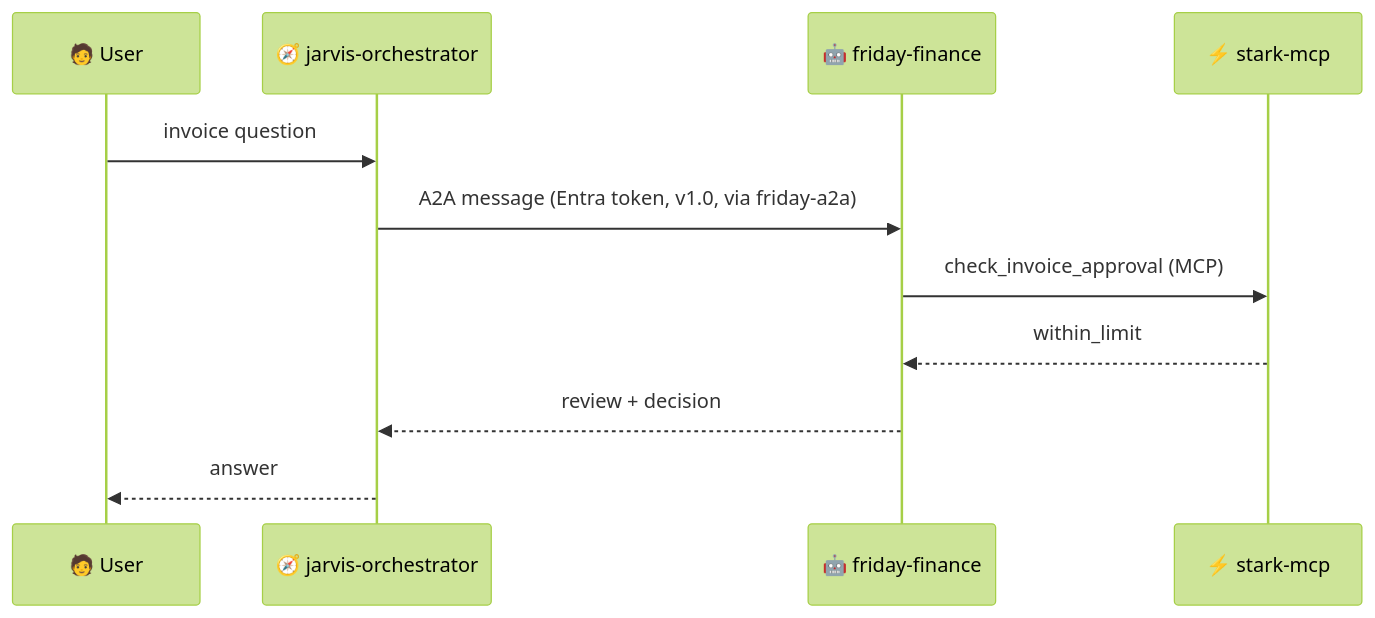
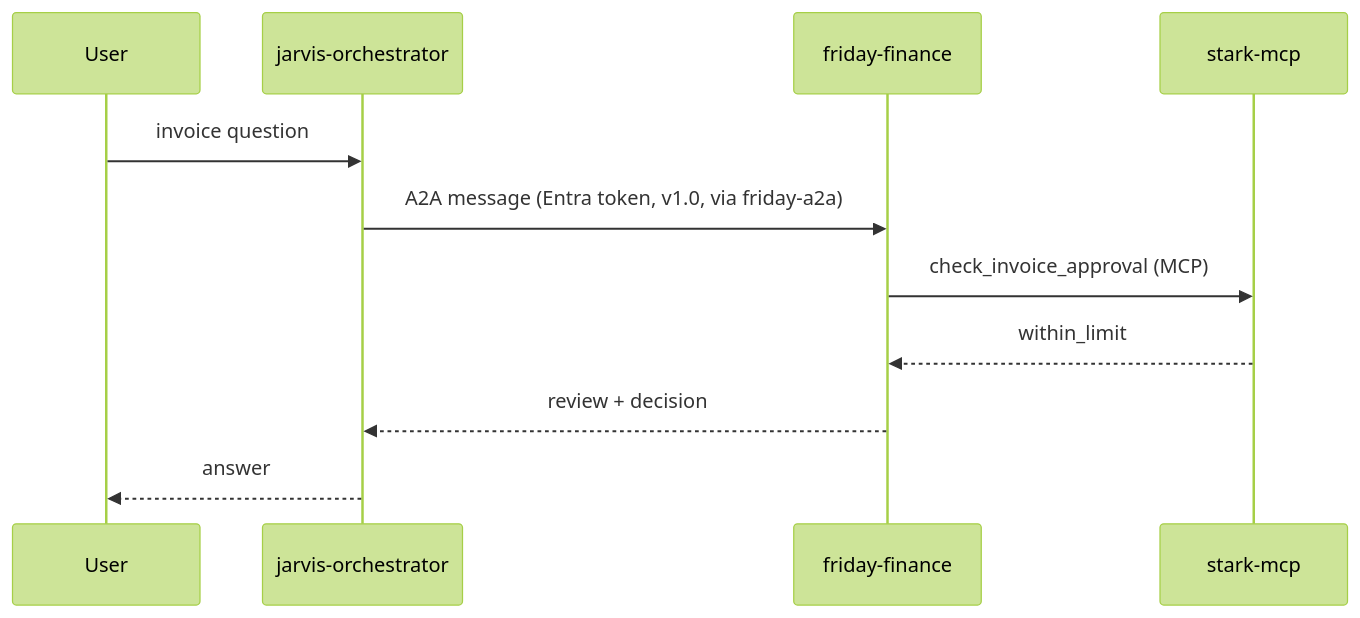
The first of 2 diagrams in docs/capstone.md (nampacx/MS-Foundry-from-0-to-hero), drawn with Mermaid (forest theme) before and after one commit. The commit also changed other lines of this file and 37 other files, not shown here.

````diff
--- a/docs/capstone.md
+++ b/docs/capstone.md
@@ -22,13 +22,13 @@
 ```mermaid
 sequenceDiagram
-    participant U as 🧑 User
-    participant O as 🧭 jarvis-orchestrator
-    participant F as 🤖 friday-finance
-    participant M as ⚡ stark-mcp
+    participant U as User
+    participant O as jarvis-orchestrator
+    participant F as friday-finance
+    participant M as stark-mcp
     U->>O: invoice question
     O->>F: A2A message (Entra token, v1.0, via friday-a2a)
     F->>M: check_invoice_approval (MCP)
     M-->>F: within_limit
     F-->>O: review + decision
     O-->>U: answer
 ```
````
